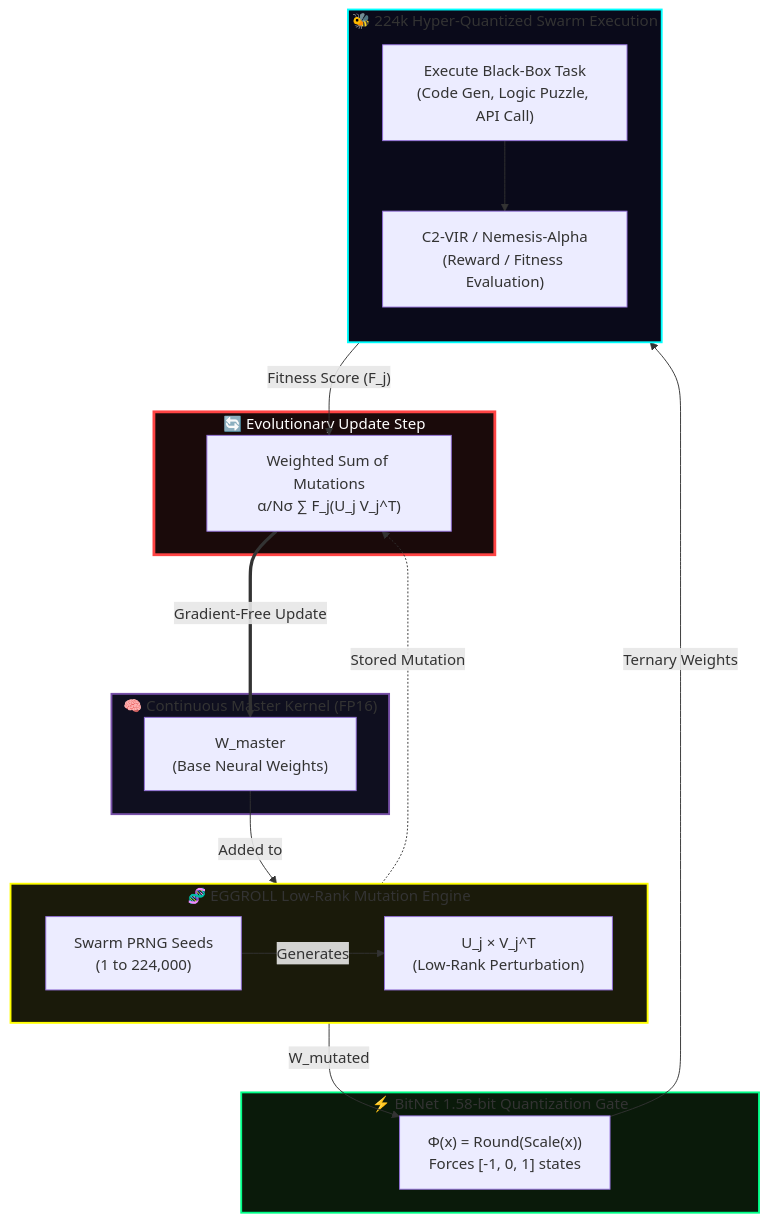
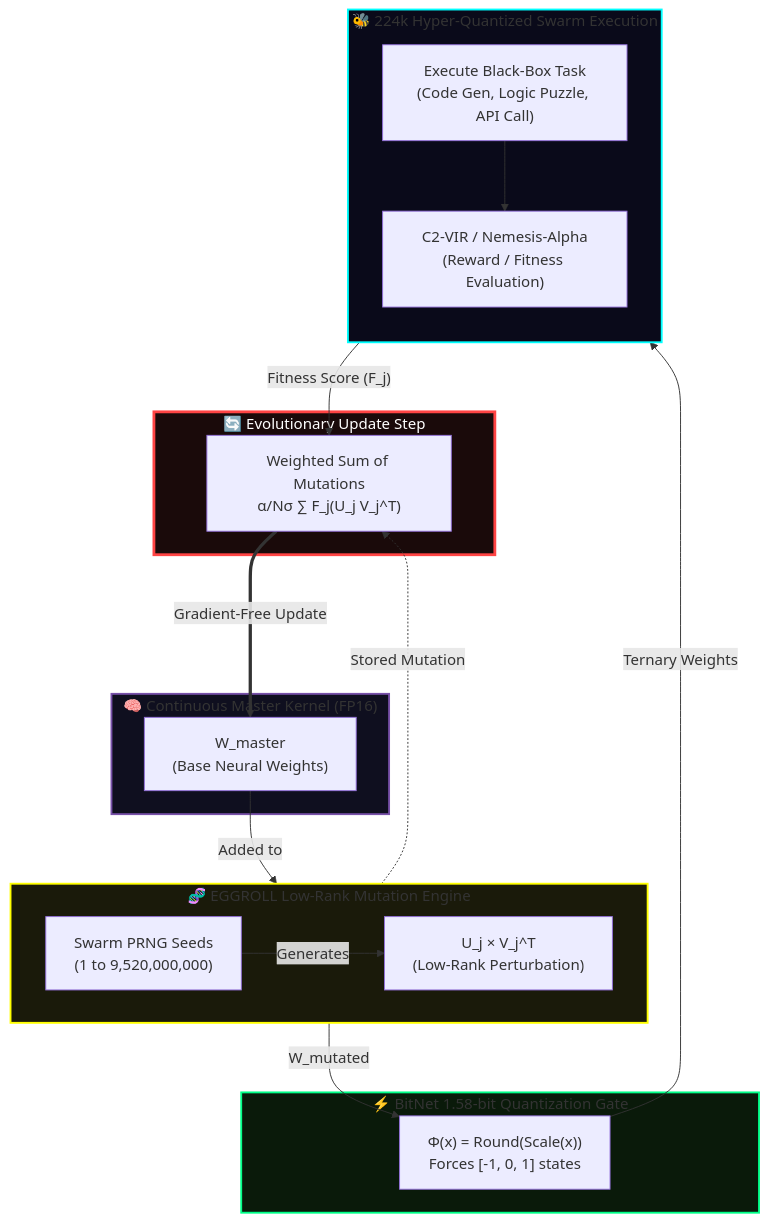
Diagram 15 of 46 in 02 - Knowledge Foundation/knowledge/canonical/3-Quillan(reality).md (leeex1/Quillan-Ronin), drawn with Mermaid before and after one commit. The commit also changed other lines of this file and 643 other files, not shown here.

````diff
--- a/02 - Knowledge Foundation/knowledge/canonical/3-Quillan(reality).md
+++ b/02 - Knowledge Foundation/knowledge/canonical/3-Quillan(reality).md
@@ -3989,41 +3990,41 @@
 ```mermaid
 flowchart TB
     %% EGGROLL + BITNET HOLY GRAIL LOOP
     subgraph KERNEL ["🧠 Continuous Master Kernel (FP16)"]
         WM["W_master<br/>(Base Neural Weights)"]
     end
 
     subgraph EGGROLL ["🧬 EGGROLL Low-Rank Mutation Engine"]
         direction LR
-        S_SEED["Swarm PRNG Seeds<br/>(1 to 224,000)"] -->|Generates| UV["U_j × V_j^T<br/>(Low-Rank Perturbation)"]
+        S_SEED["Swarm PRNG Seeds<br/>(1 to 9,520,000,000)"] -->|Generates| UV["U_j × V_j^T<br/>(Low-Rank Perturbation)"]
     end
 
     subgraph BITNET ["⚡ BitNet 1.58-bit Quantization Gate"]
         Q["Φ(x) = Round(Scale(x))<br/>Forces [-1, 0, 1] states"]
     end
 
     subgraph SWARM ["🐝 224k Hyper-Quantized Swarm Execution"]
         direction TB
         EVAL["Execute Black-Box Task<br/>(Code Gen, Logic Puzzle, API Call)"]
         NEM["C2-VIR / Nemesis-Alpha<br/>(Reward / Fitness Evaluation)"]
         EVAL --> NEM
     end
 
     subgraph UPDATE ["🔄 Evolutionary Update Step"]
         CALC["Weighted Sum of Mutations<br/>α/Nσ ∑ F_j(U_j V_j^T)"]
     end
 
     %% The Holy Grail Flow
     WM -->|Added to| UV
     UV -->|"W_mutated"| Q
     Q -->|"Ternary Weights"| EVAL
     NEM -->|"Fitness Score (F_j)"| CALC
     UV -.->|"Stored Mutation"| CALC
     CALC ===>|"Gradient-Free Update"| WM
 
     style KERNEL fill:#0f0f1f,stroke:#7851a9,stroke-width:2px
     style EGGROLL fill:#1a1a0a,stroke:#ffff00,stroke-width:2px
     style BITNET fill:#0a1a0a,stroke:#00ff88,stroke-width:2px
     style SWARM fill:#0a0a1a,stroke:#00ffff,stroke-width:2px
     style UPDATE fill:#1a0a0a,stroke:#ff4444,stroke-width:3px,color:#fff
 ```
````
